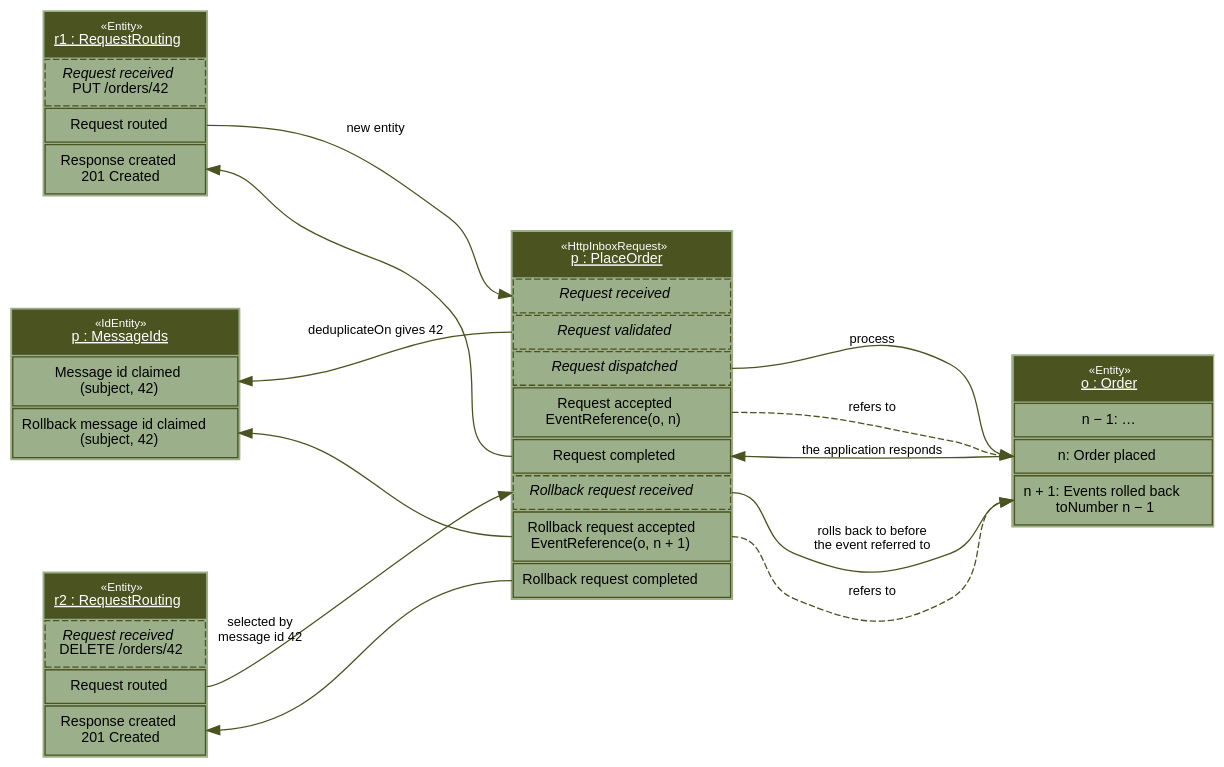
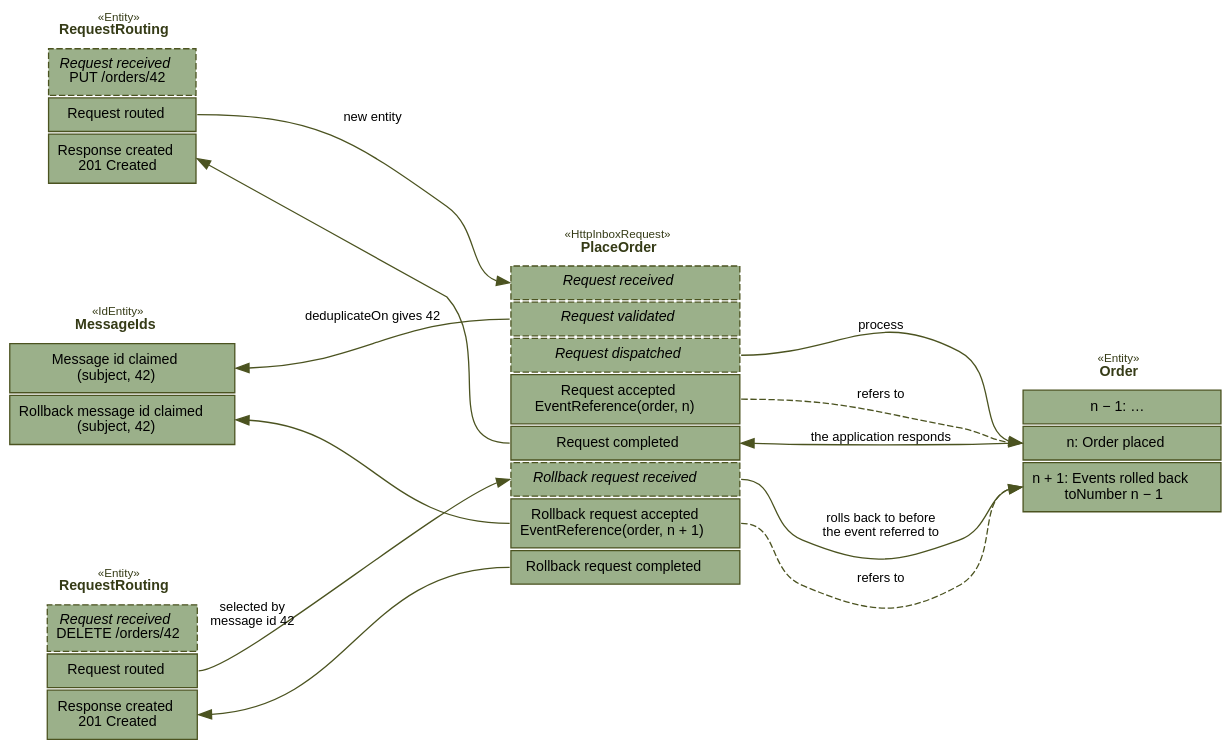
The diagram in doc-diagrams/src/main/resources/com/github/thxmasj/backend/docdiagrams/http-inbox-rollback.dot (the-backend-project/tits), drawn with Graphviz before and after one commit. The commit also changed 3 other files, not shown here.

First line of the commit message:
Head the stacks of the rollback diagram with plain text

```diff
--- a/doc-diagrams/src/main/resources/com/github/thxmasj/backend/docdiagrams/http-inbox-rollback.dot
+++ b/doc-diagrams/src/main/resources/com/github/thxmasj/backend/docdiagrams/http-inbox-rollback.dot
@@ -1,72 +1,72 @@
 // How a rollback finds a request of an inbox request, and the events the request caused on the application. Each
-// entity is a stack of its events, oldest on top, under its entity id and entity model in UML object notation, with
-// the kind of entity as a stereotype. An event with a dashed border, in italics, leads to a choice, and is not stored:
-// only the event of the chosen transition is. Solid arrows are triggers, dashed arrows event references. The colours
-// are those of the other diagrams, with the headers in the colour of the borders.
+// entity is a stack of its events, oldest on top, under the name of its entity model, with the kind of entity as a
+// stereotype. An event with a dashed border, in italics, leads to a choice, and is not stored: only the event of the
+// chosen transition is. Solid arrows are triggers, dashed arrows event references. The colours are those of the other
+// diagrams. The headers are in #353b16, which GraphvizFormatter draws in a light colour in dark mode.
 digraph rollback {
   graph [rankdir=LR, nodesep=0.6, ranksep=1.3, fontname="Helvetica", bgcolor="transparent"]
   node [shape=plain, fontname="Helvetica", fontsize=11]
   edge [fontname="Helvetica", fontsize=10, color="#4b5320", fontcolor="#000000"]
 
   put [label=<
-    <table border="0" cellborder="1" cellspacing="2" cellpadding="6" bgcolor="#9bb08a" color="#4b5320">
-      <tr><td bgcolor="#4b5320"><font color="#ffffff"><font point-size="9">«Entity»</font><br/><u>r1 : RequestRouting</u></font></td></tr>
-      <tr><td port="received" style="dashed"><i>Request received</i><br/>PUT /orders/42</td></tr>
-      <tr><td port="routed">Request routed</td></tr>
-      <tr><td port="response">Response created<br/>201 Created</td></tr>
+    <table border="0" cellborder="1" cellspacing="2" cellpadding="6" color="#4b5320">
+      <tr><td border="0"><font color="#353b16"><font point-size="9">«Entity»</font><br/><b>RequestRouting</b></font></td></tr>
+      <tr><td port="received" bgcolor="#9bb08a" style="dashed"><i>Request received</i><br/>PUT /orders/42</td></tr>
+      <tr><td port="routed" bgcolor="#9bb08a">Request routed</td></tr>
+      <tr><td port="response" bgcolor="#9bb08a">Response created<br/>201 Created</td></tr>
     </table>>]
 
   delete [label=<
-    <table border="0" cellborder="1" cellspacing="2" cellpadding="6" bgcolor="#9bb08a" color="#4b5320">
-      <tr><td bgcolor="#4b5320"><font color="#ffffff"><font point-size="9">«Entity»</font><br/><u>r2 : RequestRouting</u></font></td></tr>
-      <tr><td port="received" style="dashed"><i>Request received</i><br/>DELETE /orders/42</td></tr>
-      <tr><td port="routed">Request routed</td></tr>
-      <tr><td port="response">Response created<br/>201 Created</td></tr>
+    <table border="0" cellborder="1" cellspacing="2" cellpadding="6" color="#4b5320">
+      <tr><td border="0"><font color="#353b16"><font point-size="9">«Entity»</font><br/><b>RequestRouting</b></font></td></tr>
+      <tr><td port="received" bgcolor="#9bb08a" style="dashed"><i>Request received</i><br/>DELETE /orders/42</td></tr>
+      <tr><td port="routed" bgcolor="#9bb08a">Request routed</td></tr>
+      <tr><td port="response" bgcolor="#9bb08a">Response created<br/>201 Created</td></tr>
     </table>>]
 
   request [label=<
-    <table border="0" cellborder="1" cellspacing="2" cellpadding="6" bgcolor="#9bb08a" color="#4b5320">
-      <tr><td port="header" bgcolor="#4b5320"><font color="#ffffff"><font point-size="9">«HttpInboxRequest»</font><br/><u>p : PlaceOrder</u></font></td></tr>
-      <tr><td port="received" style="dashed"><i>Request received</i></td></tr>
-      <tr><td port="claim" style="dashed"><i>Request validated</i></td></tr>
-      <tr><td port="dispatched" style="dashed"><i>Request dispatched</i></td></tr>
-      <tr><td port="accepted">Request accepted<br/>EventReference(o, n)</td></tr>
-      <tr><td port="completed">Request completed</td></tr>
-      <tr><td port="rb_received" style="dashed"><i>Rollback request received</i></td></tr>
-      <tr><td port="rb_accepted">Rollback request accepted<br/>EventReference(o, n + 1)</td></tr>
-      <tr><td port="rb_completed">Rollback request completed</td></tr>
+    <table border="0" cellborder="1" cellspacing="2" cellpadding="6" color="#4b5320">
+      <tr><td border="0"><font color="#353b16"><font point-size="9">«HttpInboxRequest»</font><br/><b>PlaceOrder</b></font></td></tr>
+      <tr><td port="received" bgcolor="#9bb08a" style="dashed"><i>Request received</i></td></tr>
+      <tr><td port="claim" bgcolor="#9bb08a" style="dashed"><i>Request validated</i></td></tr>
+      <tr><td port="dispatched" bgcolor="#9bb08a" style="dashed"><i>Request dispatched</i></td></tr>
+      <tr><td port="accepted" bgcolor="#9bb08a">Request accepted<br/>EventReference(order, n)</td></tr>
+      <tr><td port="completed" bgcolor="#9bb08a">Request completed</td></tr>
+      <tr><td port="rb_received" bgcolor="#9bb08a" style="dashed"><i>Rollback request received</i></td></tr>
+      <tr><td port="rb_accepted" bgcolor="#9bb08a">Rollback request accepted<br/>EventReference(order, n + 1)</td></tr>
+      <tr><td port="rb_completed" bgcolor="#9bb08a">Rollback request completed</td></tr>
     </table>>]
 
   ids [label=<
-    <table border="0" cellborder="1" cellspacing="2" cellpadding="6" bgcolor="#9bb08a" color="#4b5320">
-      <tr><td port="header" bgcolor="#4b5320"><font color="#ffffff"><font point-size="9">«IdEntity»</font><br/><u>p : MessageIds</u></font></td></tr>
-      <tr><td port="claimed">Message id claimed<br/>(subject, 42)</td></tr>
-      <tr><td port="rb_claimed">Rollback message id claimed<br/>(subject, 42)</td></tr>
+    <table border="0" cellborder="1" cellspacing="2" cellpadding="6" color="#4b5320">
+      <tr><td border="0"><font color="#353b16"><font point-size="9">«IdEntity»</font><br/><b>MessageIds</b></font></td></tr>
+      <tr><td port="claimed" bgcolor="#9bb08a">Message id claimed<br/>(subject, 42)</td></tr>
+      <tr><td port="rb_claimed" bgcolor="#9bb08a">Rollback message id claimed<br/>(subject, 42)</td></tr>
     </table>>]
 
   order [label=<
-    <table border="0" cellborder="1" cellspacing="2" cellpadding="6" bgcolor="#9bb08a" color="#4b5320">
-      <tr><td bgcolor="#4b5320"><font color="#ffffff"><font point-size="9">«Entity»</font><br/><u>o : Order</u></font></td></tr>
-      <tr><td port="before">n − 1: …</td></tr>
-      <tr><td port="placed">n: Order placed</td></tr>
-      <tr><td port="rolled_back">n + 1: Events rolled back<br/>toNumber n − 1</td></tr>
+    <table border="0" cellborder="1" cellspacing="2" cellpadding="6" color="#4b5320">
+      <tr><td border="0"><font color="#353b16"><font point-size="9">«Entity»</font><br/><b>Order</b></font></td></tr>
+      <tr><td port="before" bgcolor="#9bb08a">n − 1: …</td></tr>
+      <tr><td port="placed" bgcolor="#9bb08a">n: Order placed</td></tr>
+      <tr><td port="rolled_back" bgcolor="#9bb08a">n + 1: Events rolled back<br/>toNumber n − 1</td></tr>
     </table>>]
 
   // Triggers
   put:routed:e -> request:received:w [label="new entity"]
   delete:routed:e -> request:rb_received:w [taillabel="selected by\nmessage id 42", labelangle=30, labeldistance=6]
   request:dispatched:e -> order:placed:w [label="process"]
   request:rb_received:e -> order:rolled_back:w [label="rolls back to before\nthe event referred to"]
   // Triggers against the direction of the layout are drawn reversed, so that they don't loop around the stacks
   request:completed:e -> order:placed:w [dir=back, label="the application responds"]
   put:response:e -> request:completed:w [dir=back]
   ids:claimed:e -> request:claim:w [dir=back, label="deduplicateOn gives 42"]
   ids:rb_claimed:e -> request:rb_accepted:w [dir=back]
   delete:response:e -> request:rb_completed:w [dir=back]
 
   // Event references
   request:accepted:e -> order:placed:w [style=dashed, label="refers to"]
   request:rb_accepted:e -> order:rolled_back:w [style=dashed, label="refers to"]
 
   {rank=same; put -> ids -> delete [style=invis]}
 }
```
